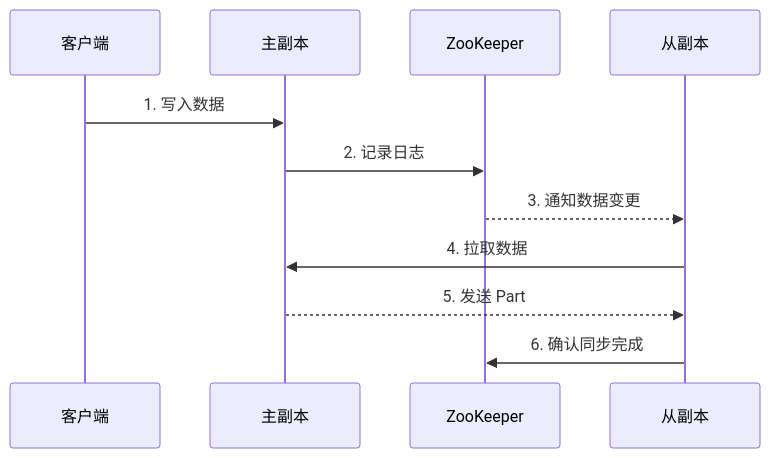
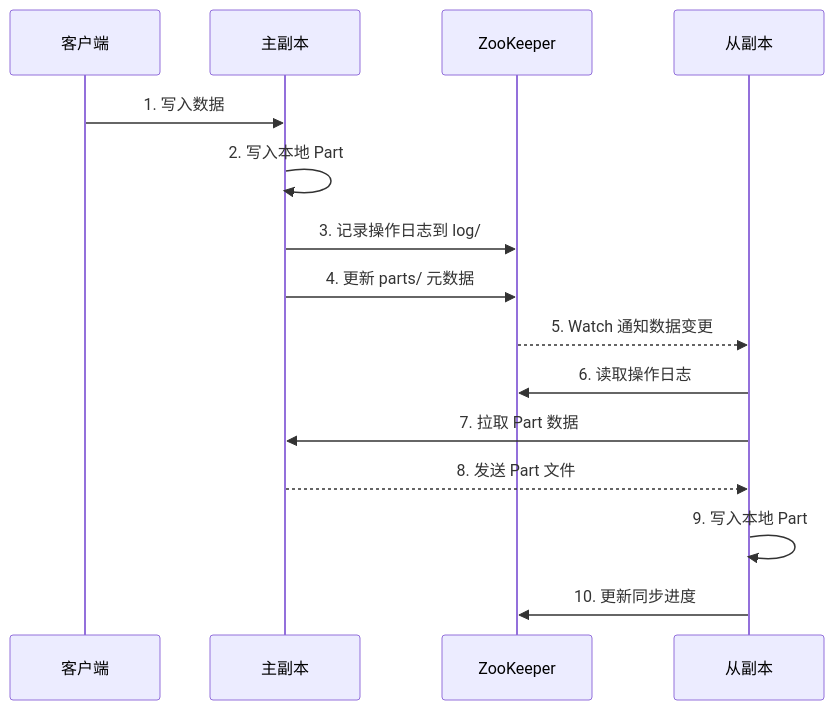
Before and after one commit to watslab/interview_doc: the second of 3 diagrams in document/ClickHouse/ClickHouse 列式数据库详解.md, drawn with Mermaid. The commit also changed other lines of this file and 8 other files, not shown here.

````diff
--- a/document/ClickHouse/ClickHouse 列式数据库详解.md
+++ b/document/ClickHouse/ClickHouse 列式数据库详解.md
@@ -418,14 +550,18 @@
 ```mermaid
 sequenceDiagram
     participant Client as 客户端
     participant Leader as 主副本
     participant ZK as ZooKeeper
     participant Follower as 从副本
 
     Client->>Leader: 1. 写入数据
-    Leader->>ZK: 2. 记录日志
-    ZK-->>Follower: 3. 通知数据变更
-    Follower->>Leader: 4. 拉取数据
-    Leader-->>Follower: 5. 发送 Part
-    Follower->>ZK: 6. 确认同步完成
+    Leader->>Leader: 2. 写入本地 Part
+    Leader->>ZK: 3. 记录操作日志到 log/
+    Leader->>ZK: 4. 更新 parts/ 元数据
+    ZK-->>Follower: 5. Watch 通知数据变更
+    Follower->>ZK: 6. 读取操作日志
+    Follower->>Leader: 7. 拉取 Part 数据
+    Leader-->>Follower: 8. 发送 Part 文件
+    Follower->>Follower: 9. 写入本地 Part
+    Follower->>ZK: 10. 更新同步进度
 ```
````
